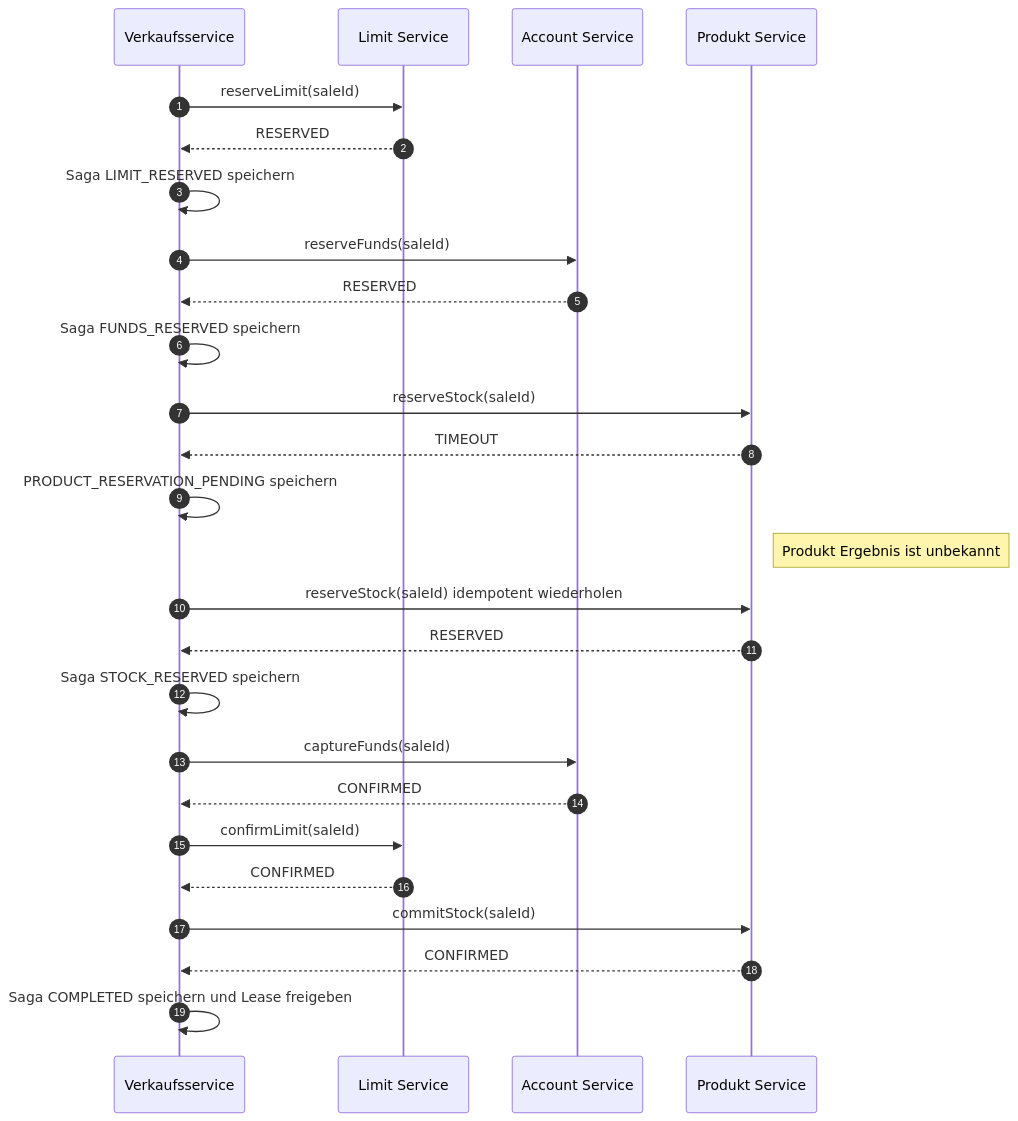
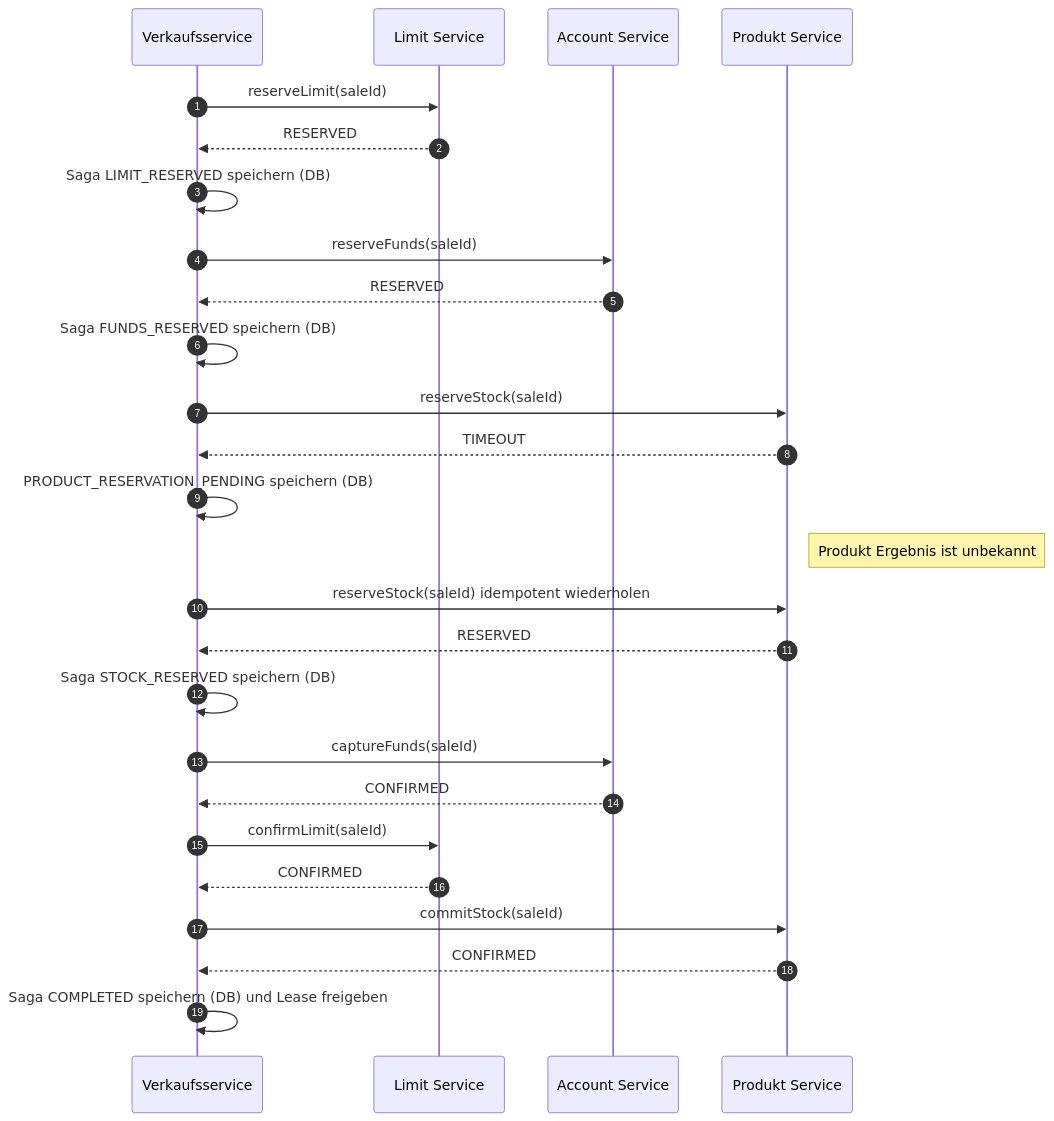
Before and after one commit to Adrian-Hansen-dev/second-hand-ticket-app: the eighth of 29 diagrams in project-2/abgabe_projekt_2.md, drawn with Mermaid. The commit also changed other lines of this file, not shown here.

First line of the commit message:
Projekt 2: Persistenz und Recovery ergänzt

````diff
--- a/project-2/abgabe_projekt_2.md
+++ b/project-2/abgabe_projekt_2.md
@@ -289,30 +311,30 @@
 ```mermaid
 sequenceDiagram
     autonumber
     participant VS as Verkaufsservice
     participant LS as Limit Service
     participant AS as Account Service
     participant PS as Produkt Service
 
     VS->>LS: reserveLimit(saleId)
     LS-->>VS: RESERVED
-    VS->>VS: Saga LIMIT_RESERVED speichern
+    VS->>VS: Saga LIMIT_RESERVED speichern (DB)
     VS->>AS: reserveFunds(saleId)
     AS-->>VS: RESERVED
-    VS->>VS: Saga FUNDS_RESERVED speichern
+    VS->>VS: Saga FUNDS_RESERVED speichern (DB)
 
     VS->>PS: reserveStock(saleId)
     PS-->>VS: TIMEOUT
-    VS->>VS: PRODUCT_RESERVATION_PENDING speichern
+    VS->>VS: PRODUCT_RESERVATION_PENDING speichern (DB)
     Note right of PS: Produkt Ergebnis ist unbekannt
     VS->>PS: reserveStock(saleId) idempotent wiederholen
     PS-->>VS: RESERVED
-    VS->>VS: Saga STOCK_RESERVED speichern
+    VS->>VS: Saga STOCK_RESERVED speichern (DB)
     VS->>AS: captureFunds(saleId)
     AS-->>VS: CONFIRMED
     VS->>LS: confirmLimit(saleId)
     LS-->>VS: CONFIRMED
     VS->>PS: commitStock(saleId)
     PS-->>VS: CONFIRMED
-    VS->>VS: Saga COMPLETED speichern und Lease freigeben
+    VS->>VS: Saga COMPLETED speichern (DB) und Lease freigeben
 ```
````
